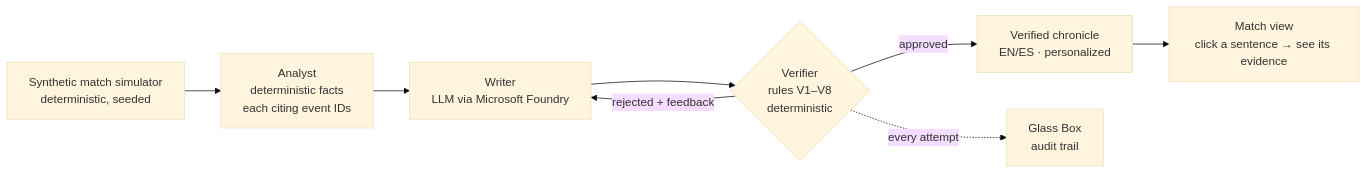
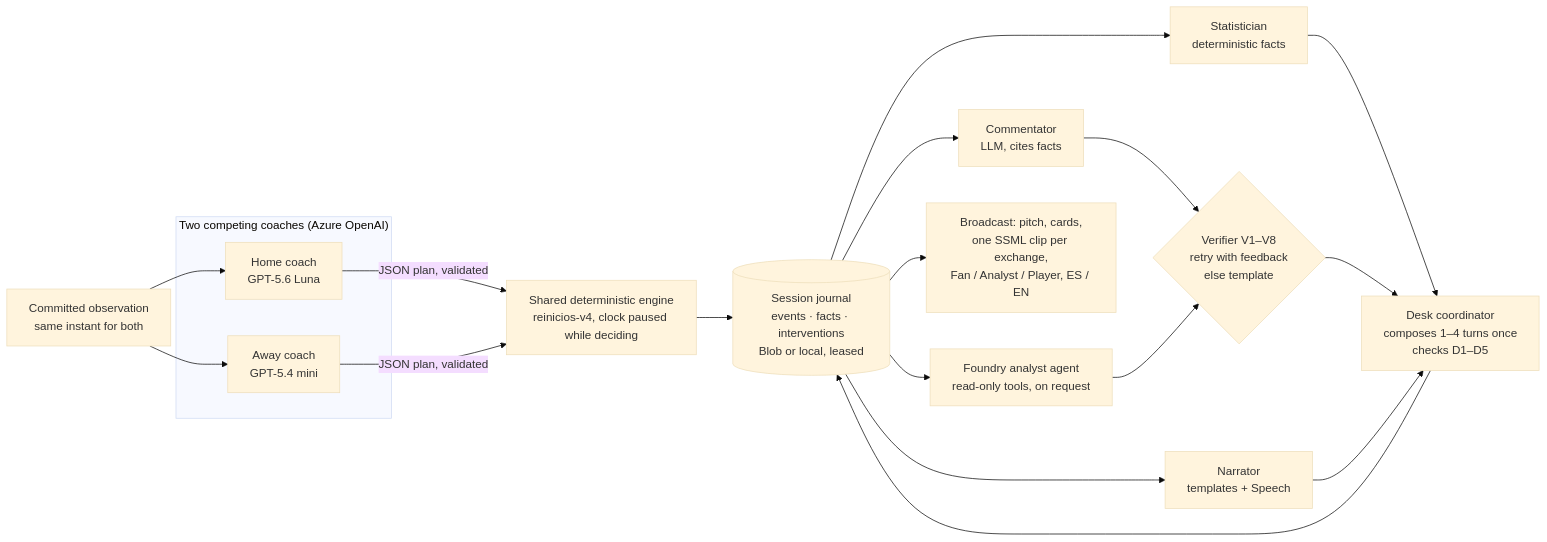
One commit to calusaca/cronista changed the diagram in README.md. Above: the diagram before and after it, drawn with Mermaid (base theme). The commit also changed other lines of this file and 8 other files, not shown here.

````diff
--- a/README.md
+++ b/README.md
@@ -43,10 +43,23 @@
 ```mermaid
 flowchart LR
-    S[Synthetic match simulator<br/>deterministic, seeded] --> A[Analyst<br/>deterministic facts<br/>each citing event IDs]
-    A --> W[Writer<br/>LLM via Microsoft Foundry]
-    W --> V{Verifier<br/>rules V1–V8<br/>deterministic}
-    V -- rejected + feedback --> W
-    V -- approved --> C[Verified chronicle<br/>EN/ES · personalized]
-    V -. every attempt .-> G[Glass Box<br/>audit trail]
-    C --> U[Match view<br/>click a sentence → see its evidence]
+    subgraph Coaches["Two competing coaches (Azure OpenAI)"]
+        H[Home coach<br/>GPT-5.6 Luna] 
+        A[Away coach<br/>GPT-5.4 mini]
+    end
+    OBS[Committed observation<br/>same instant for both] --> H
+    OBS --> A
+    H -- JSON plan, validated --> E
+    A -- JSON plan, validated --> E
+    E[Shared deterministic engine<br/>reinicios-v4, clock paused while deciding] --> J[(Session journal<br/>events · facts · interventions<br/>Blob or local, leased)]
+    J --> N[Narrator<br/>templates + Speech]
+    J --> S[Statistician<br/>deterministic facts]
+    J --> C[Commentator<br/>LLM, cites facts]
+    C --> V{Verifier V1–V8<br/>retry with feedback<br/>else template}
+    S --> D
+    V --> D[Desk coordinator<br/>composes 1–4 turns once<br/>checks D1–D5]
+    N --> D
+    D --> J
+    J --> F[Foundry analyst agent<br/>read-only tools, on request]
+    F --> V
+    J --> UI[Broadcast: pitch, cards,<br/>one SSML clip per exchange,<br/>Fan / Analyst / Player, ES / EN]
 ```
````
